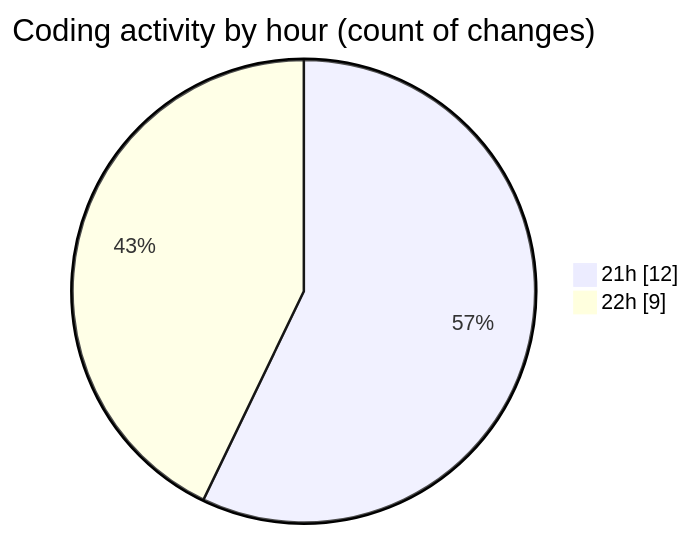
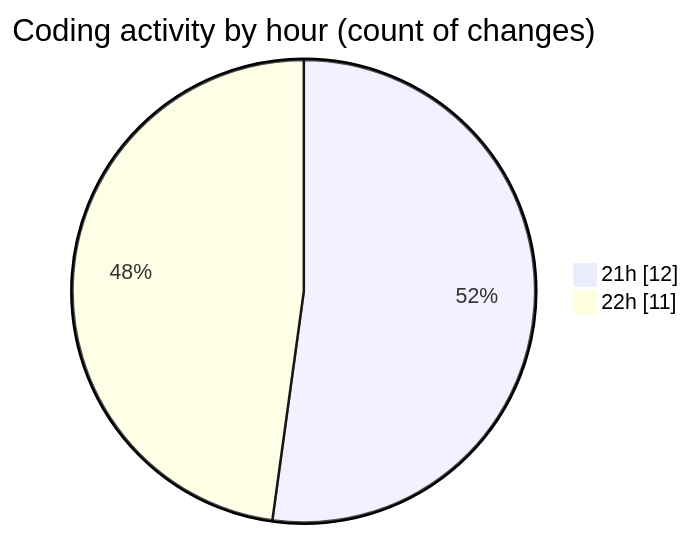
The second of 2 diagrams in 2025-03-08/elitesgpt/README.md (Elitesun/code-tracking), drawn with Mermaid before and after one commit. The commit also changed other lines of this file and 1 other file, not shown here.

````diff
--- a/2025-03-08/elitesgpt/README.md
+++ b/2025-03-08/elitesgpt/README.md
@@ -28,6 +30,6 @@
 ```mermaid
 pie showData
 title Coding activity by hour (count of changes)
 "21h" : 12
-"22h" : 9
+"22h" : 11
 ```
````
